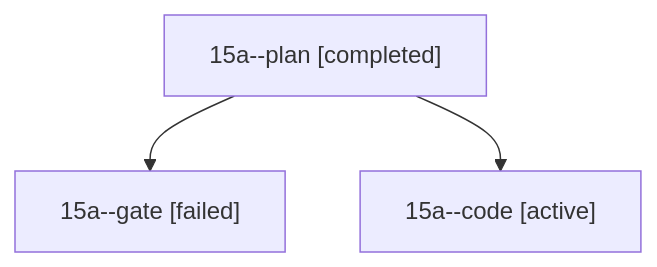
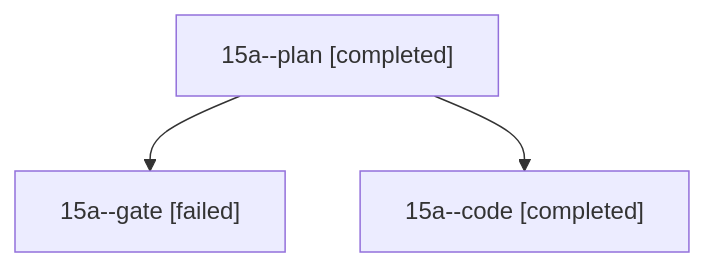
One commit to sase-org/sase--agents changed the diagram in sessions/bbugyi200.athena.15a.md. Above: the diagram before and after it, drawn with Mermaid. The commit also changed other lines of this file and 15 other files, not shown here.

````diff
--- a/sessions/bbugyi200.athena.15a.md
+++ b/sessions/bbugyi200.athena.15a.md
@@ -9,8 +9,8 @@
 ```mermaid
 flowchart TD
   n0["15a--plan [completed]"]
   n1["15a--gate [failed]"]
   n0 --> n1
-  n2["15a--code [active]"]
+  n2["15a--code [completed]"]
   n0 --> n2
 ```
````
